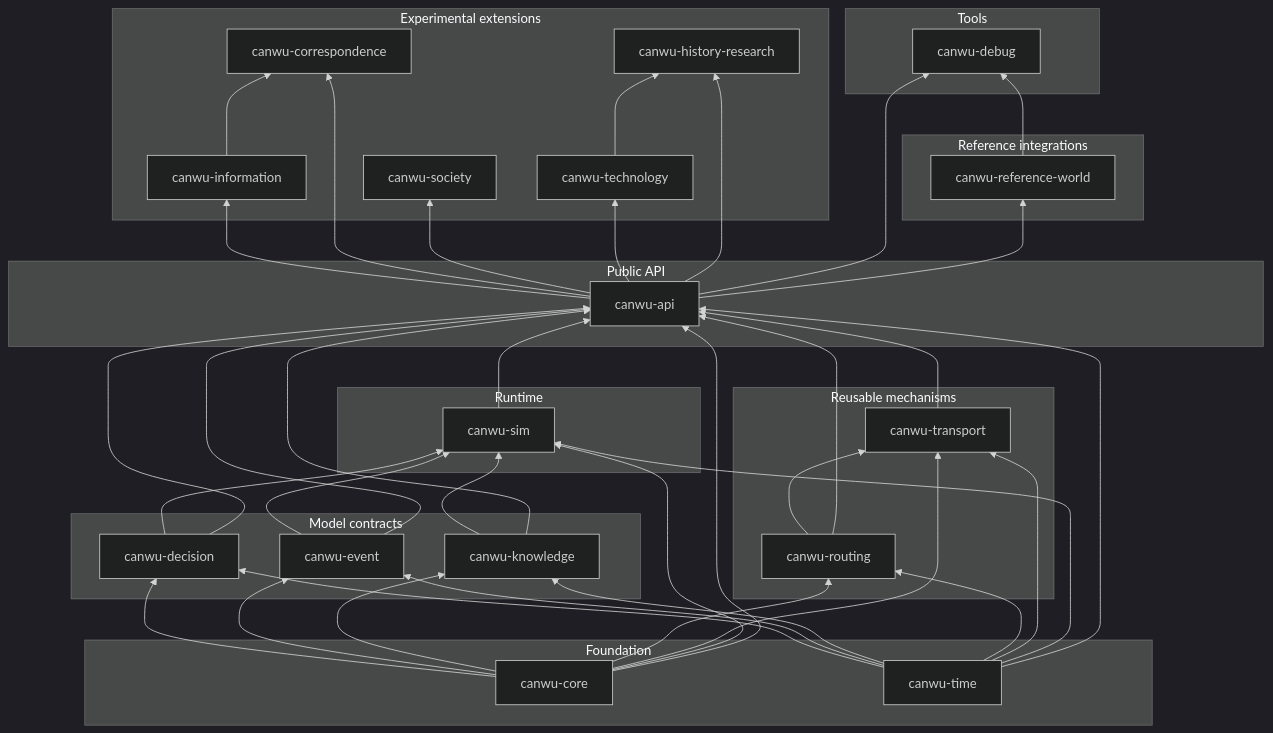
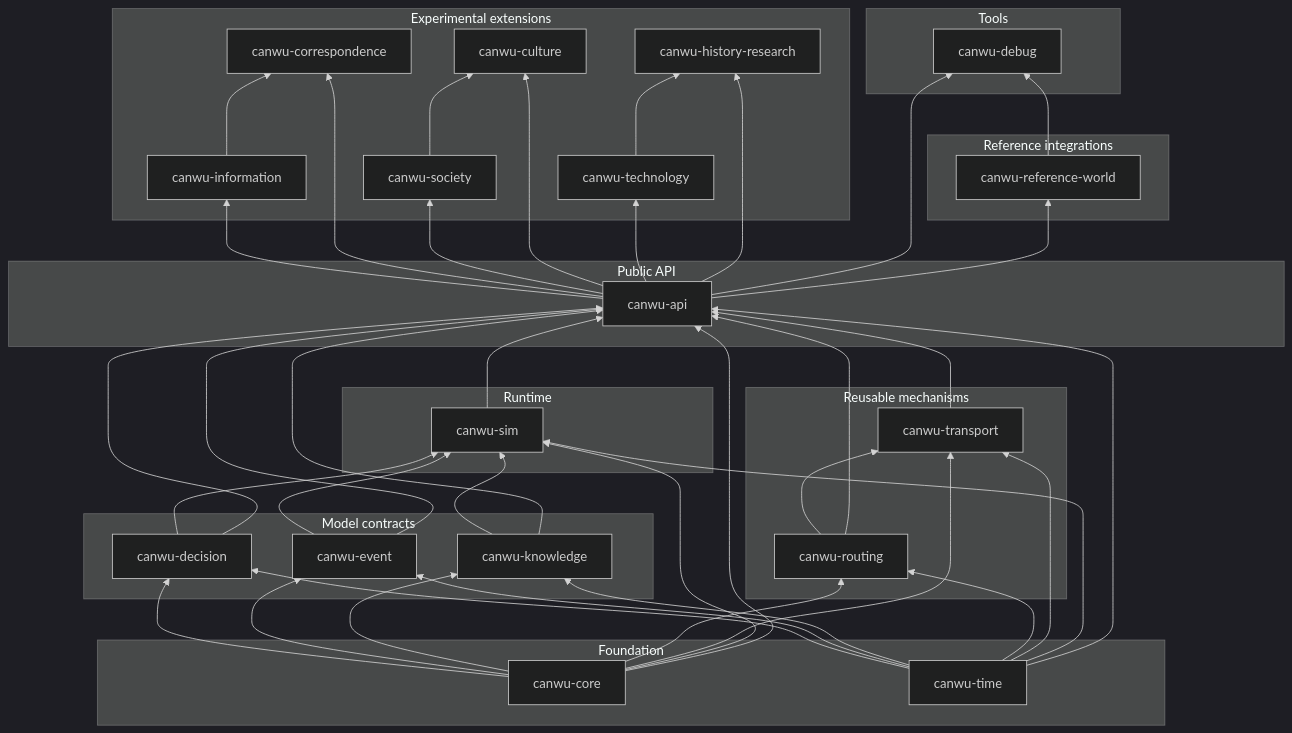
The diagram in crates/README.md (PeiyuanQi/canwu), drawn with Mermaid (dark theme) before and after one commit. The commit also changed other lines of this file and 33 other files, not shown here.

```diff
--- a/crates/README.md
+++ b/crates/README.md
@@ -29,6 +29,7 @@
     information["canwu-information"]
     correspondence["canwu-correspondence"]
     society["canwu-society"]
+    culture["canwu-culture"]
     technology["canwu-technology"]
     history["canwu-history-research"]
     debug["canwu-debug"]
@@ -43,6 +44,7 @@
         information
         correspondence
         society
+        culture
         technology
         history
     end
@@ -98,6 +100,8 @@
     api --> correspondence
     information --> correspondence
     api --> society
+    society --> culture
+    api --> culture
     api --> technology
     api --> history
     technology --> history
```
